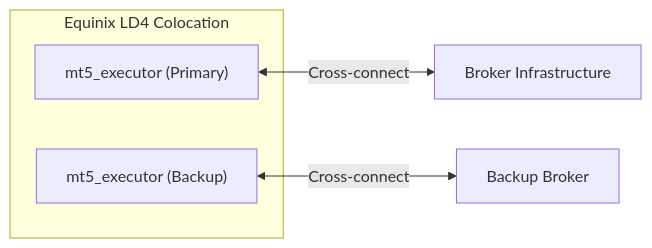
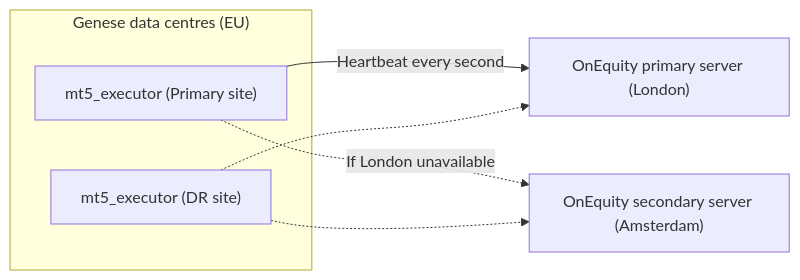
The second of 2 diagrams in docs/repositories/mt5_executor.md (blackholefund/external_docs), drawn with Mermaid before and after one commit. The commit also changed other lines of this file and 17 other files, not shown here.

````diff
--- a/docs/repositories/mt5_executor.md
+++ b/docs/repositories/mt5_executor.md
@@ -202,9 +203,11 @@
 ```mermaid
 flowchart LR
-    subgraph equinix["Equinix LD4 Colocation"]
-        Primary["mt5_executor (Primary)"]
-        Backup["mt5_executor (Backup)"]
+    subgraph genese["Genese data centres (EU)"]
+        Primary["mt5_executor (Primary site)"]
+        Backup["mt5_executor (DR site)"]
     end
-    Primary <-->|Cross-connect| Broker["Broker Infrastructure"]
-    Backup <-->|Cross-connect| BackupBroker["Backup Broker"]
+    Primary -->|"Heartbeat every second"| London["OnEquity primary server (London)"]
+    Primary -.->|"If London unavailable"| Amsterdam["OnEquity secondary server (Amsterdam)"]
+    Backup -.-> London
+    Backup -.-> Amsterdam
 ```
````
